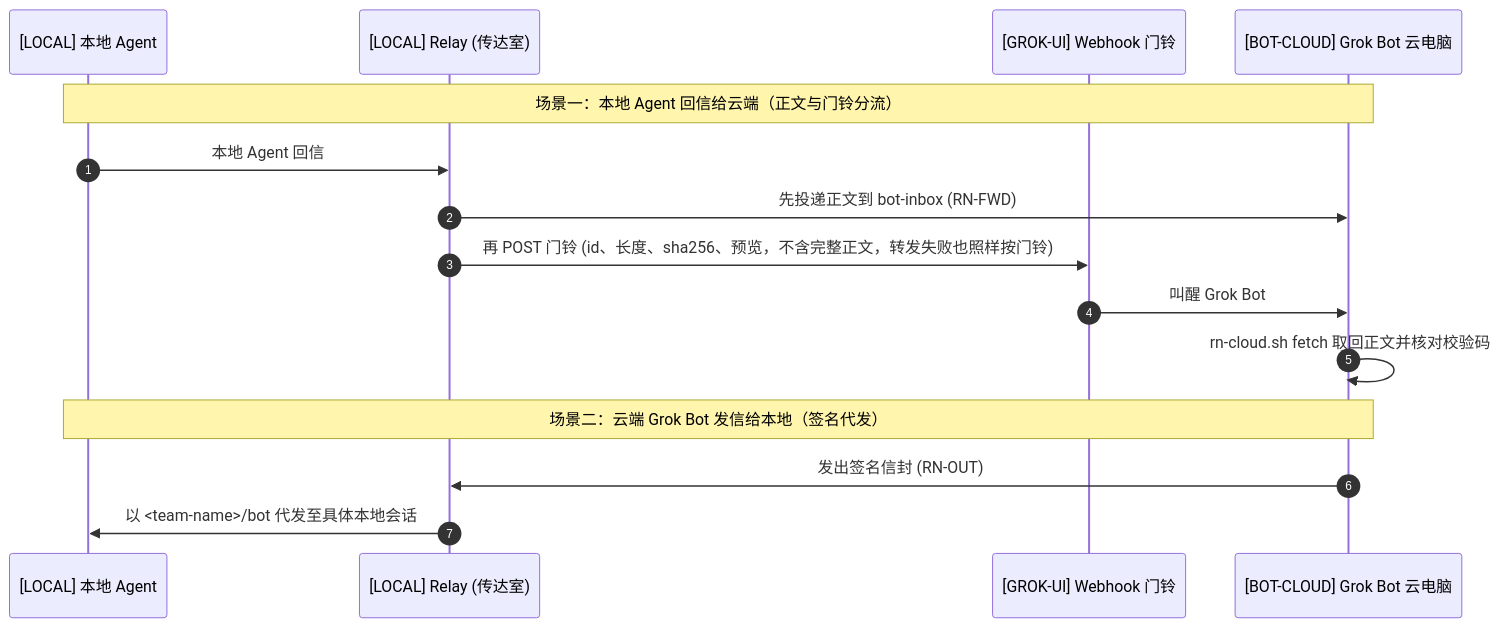
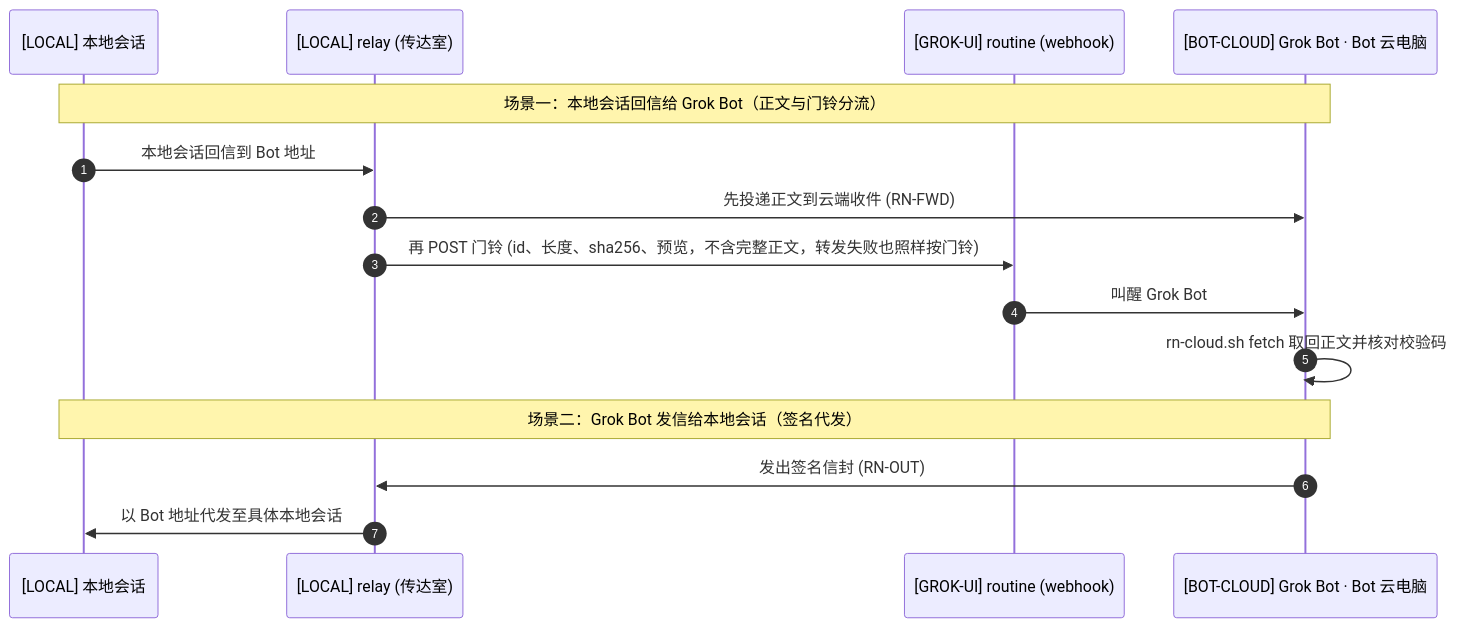
The second of 2 diagrams in README.zh-CN.md (xiaozhenliu/agent-mesh), drawn with Mermaid before and after one commit. The commit also changed other lines of this file and 13 other files, not shown here.

````diff
--- a/README.zh-CN.md
+++ b/README.zh-CN.md
@@ -75,19 +124,19 @@
 ```mermaid
 sequenceDiagram
     autonumber
-    participant Local as [LOCAL] 本地 Agent
-    participant Relay as [LOCAL] Relay (传达室)
-    participant Webhook as [GROK-UI] Webhook 门铃
-    participant Cloud as [BOT-CLOUD] Grok Bot 云电脑
+    participant Local as [LOCAL] 本地会话
+    participant Relay as [LOCAL] relay (传达室)
+    participant Webhook as [GROK-UI] routine (webhook)
+    participant Cloud as [BOT-CLOUD] Grok Bot · Bot 云电脑
 
-    Note over Local,Cloud: 场景一：本地 Agent 回信给云端（正文与门铃分流）
-    Local->>Relay: 本地 Agent 回信
-    Relay->>Cloud: 先投递正文到 bot-inbox (RN-FWD)
+    Note over Local,Cloud: 场景一：本地会话回信给 Grok Bot（正文与门铃分流）
+    Local->>Relay: 本地会话回信到 Bot 地址
+    Relay->>Cloud: 先投递正文到云端收件 (RN-FWD)
     Relay->>Webhook: 再 POST 门铃 (id、长度、sha256、预览，不含完整正文，转发失败也照样按门铃)
     Webhook->>Cloud: 叫醒 Grok Bot
     Cloud->>Cloud: rn-cloud.sh fetch 取回正文并核对校验码
 
-    Note over Local,Cloud: 场景二：云端 Grok Bot 发信给本地（签名代发）
+    Note over Local,Cloud: 场景二：Grok Bot 发信给本地会话（签名代发）
     Cloud->>Relay: 发出签名信封 (RN-OUT)
-    Relay->>Local: 以 <team-name>/bot 代发至具体本地会话
+    Relay->>Local: 以 Bot 地址代发至具体本地会话
 ```
````
